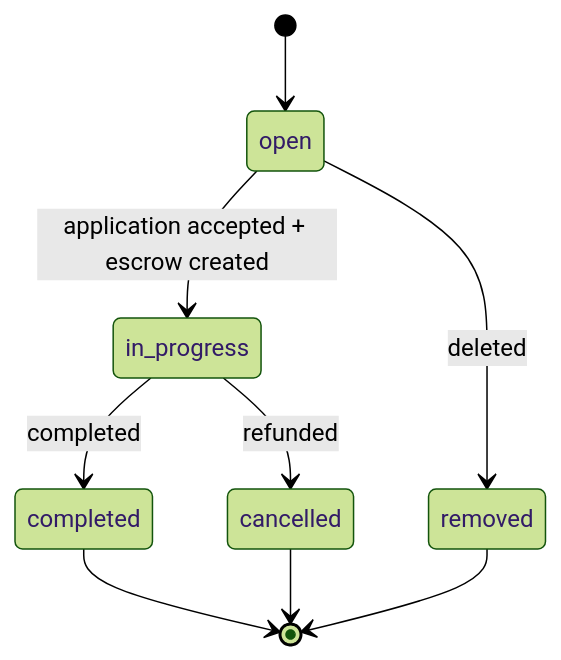
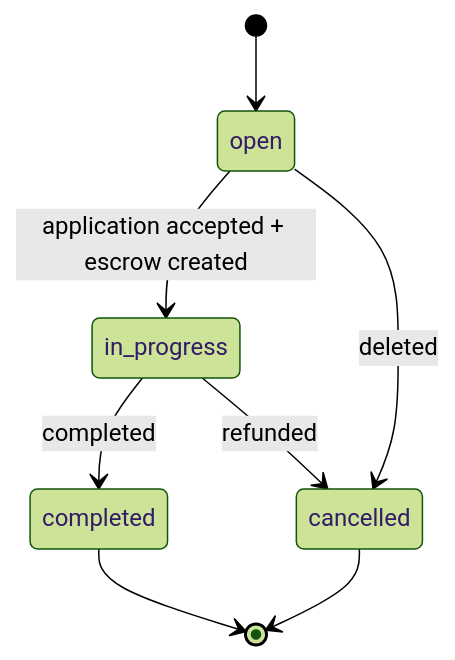
One commit to nhannht/viecz changed the fifth of 11 diagrams in docs/technical/SYSTEM_DESIGN.md. Above: the diagram before and after it, drawn with Mermaid (forest theme). The commit also changed other lines of this file and 7 other files, not shown here.

````diff
--- a/docs/technical/SYSTEM_DESIGN.md
+++ b/docs/technical/SYSTEM_DESIGN.md
@@ -315,11 +335,10 @@
 ```mermaid
 stateDiagram-v2
     [*] --> open
     open --> in_progress : application accepted + escrow created
-    open --> removed : deleted
+    open --> cancelled : deleted
     in_progress --> completed : completed
     in_progress --> cancelled : refunded
     completed --> [*]
     cancelled --> [*]
-    removed --> [*]
 ```
````
